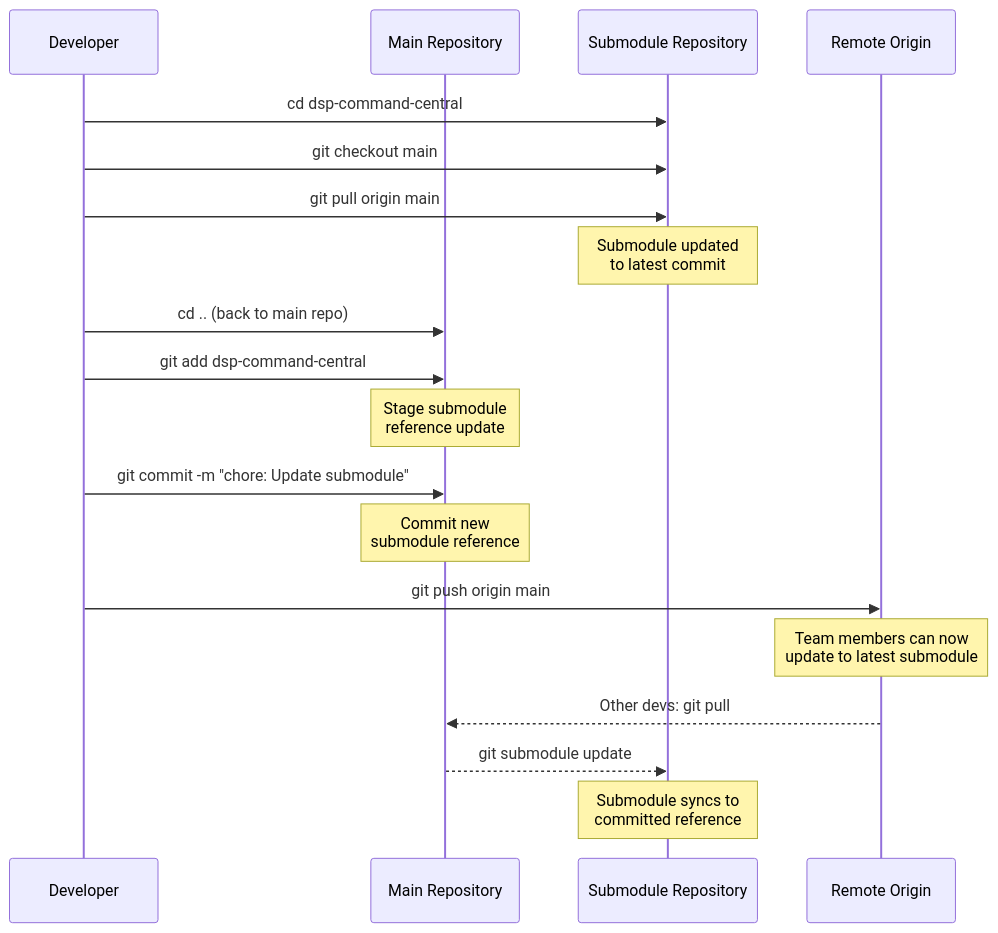
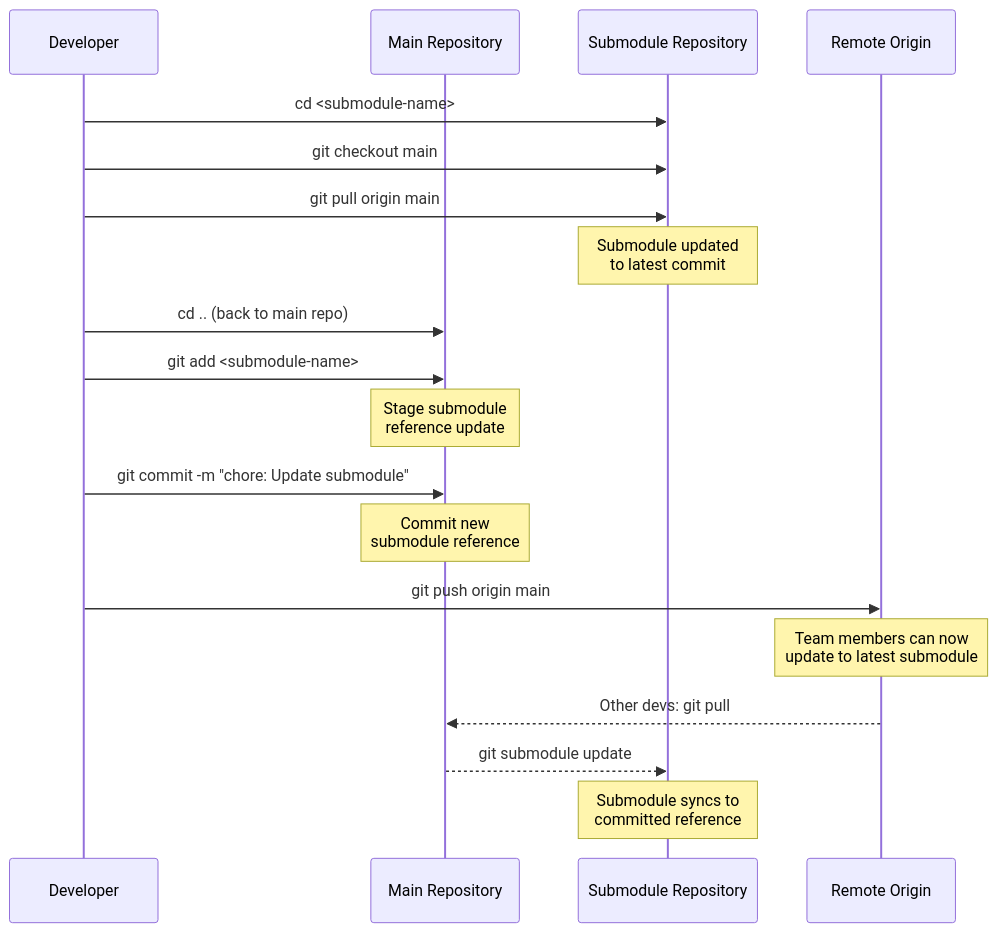
One commit to markus41/Notion changed the third of 3 diagrams in GIT-STRUCTURE.md. Above: the diagram before and after it, drawn with Mermaid. The commit also changed other lines of this file and 21 other files, not shown here.

First line of the commit message:
refactor: Remove DSP Command Central integration and related resources

````diff
--- a/GIT-STRUCTURE.md
+++ b/GIT-STRUCTURE.md
@@ -495,26 +495,26 @@
 ```mermaid
 sequenceDiagram
     participant Dev as Developer
     participant Main as Main Repository
     participant Sub as Submodule Repository
     participant Remote as Remote Origin
 
-    Dev->>Sub: cd dsp-command-central
+    Dev->>Sub: cd <submodule-name>
     Dev->>Sub: git checkout main
     Dev->>Sub: git pull origin main
     Note over Sub: Submodule updated<br/>to latest commit
 
     Dev->>Main: cd .. (back to main repo)
-    Dev->>Main: git add dsp-command-central
+    Dev->>Main: git add <submodule-name>
     Note over Main: Stage submodule<br/>reference update
 
     Dev->>Main: git commit -m "chore: Update submodule"
     Note over Main: Commit new<br/>submodule reference
 
     Dev->>Remote: git push origin main
     Note over Remote: Team members can now<br/>update to latest submodule
 
     Remote-->>Main: Other devs: git pull
     Main-->>Sub: git submodule update
     Note over Sub: Submodule syncs to<br/>committed reference
 ```
````
